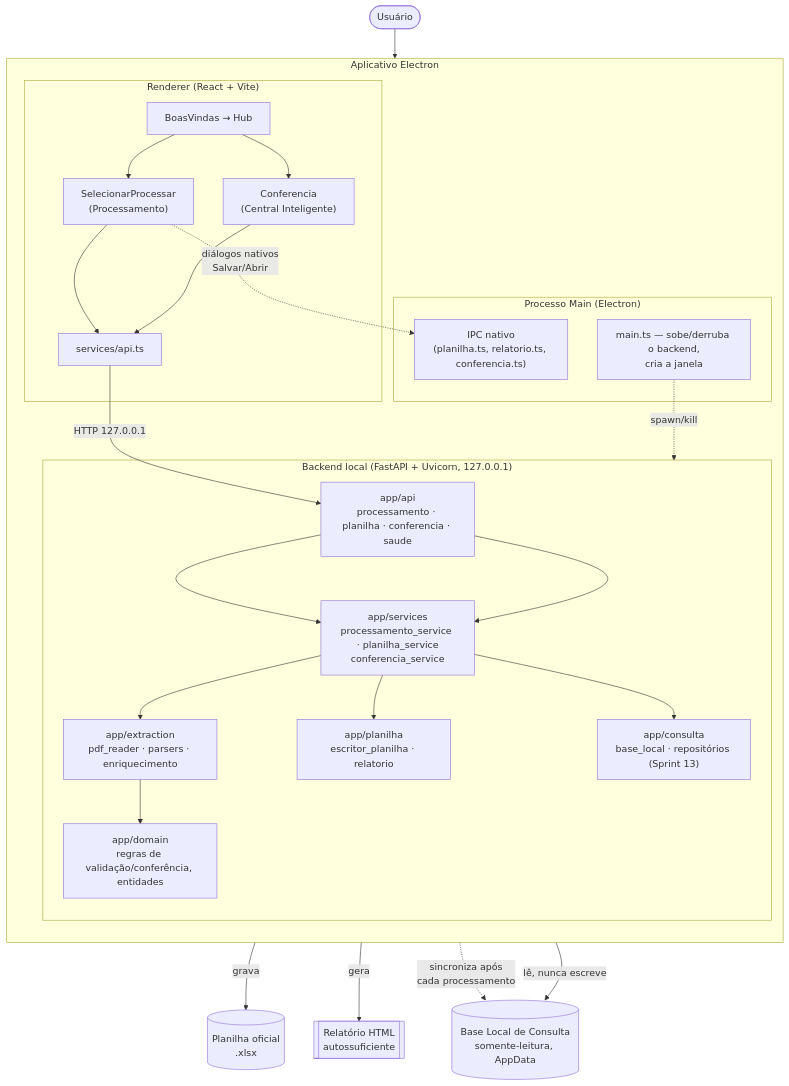
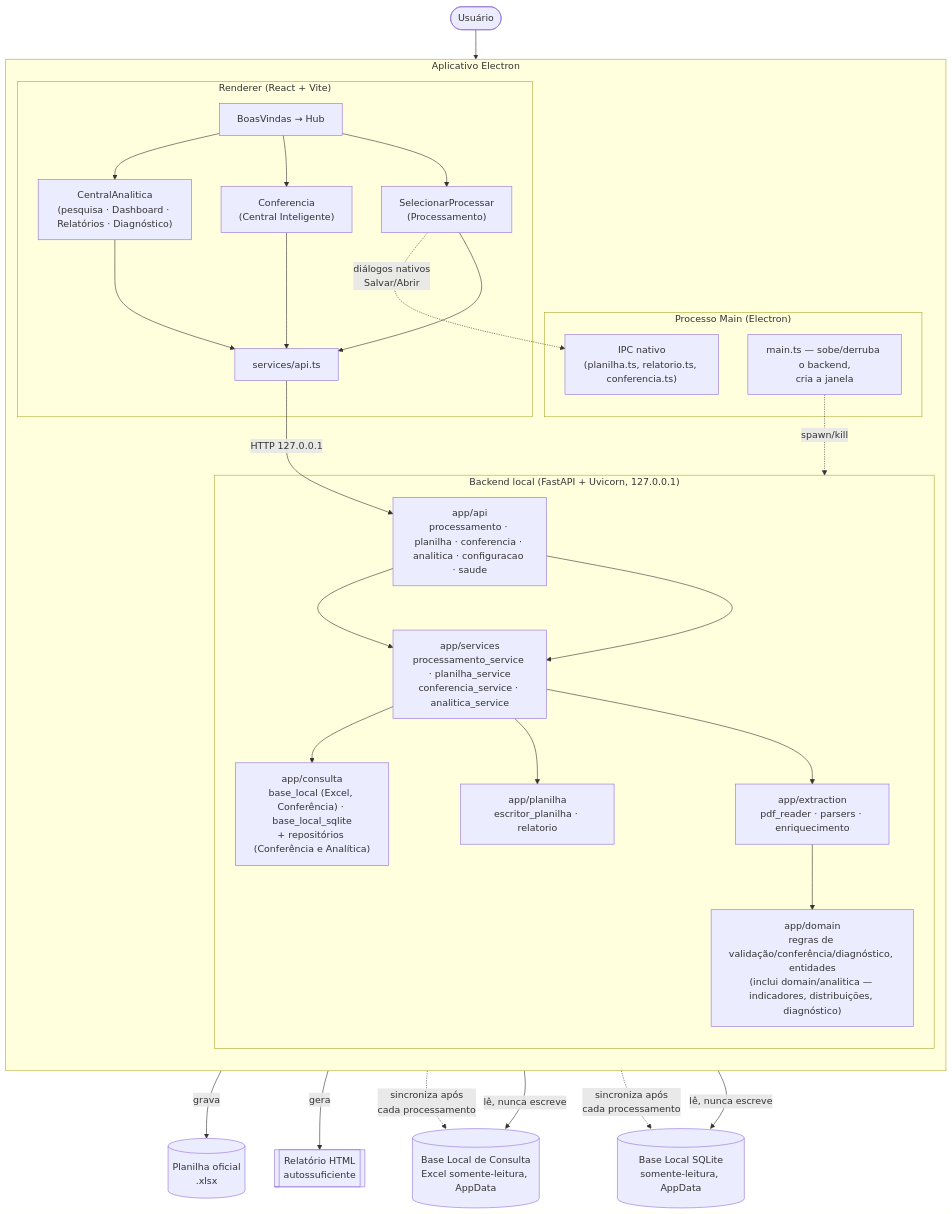
Before and after one commit to vini-c-m/ExtratorDiarias: the first of 2 diagrams in docs/architecture/README.md, drawn with Mermaid. The commit also changed other lines of this file and 162 other files, not shown here.

````diff
--- a/docs/architecture/README.md
+++ b/docs/architecture/README.md
@@ -9,35 +9,39 @@
 ```mermaid
 flowchart TB
     subgraph Desktop["Aplicativo Electron"]
         direction TB
         subgraph Main["Processo Main (Electron)"]
             M1["main.ts — sobe/derruba o backend,\ncria a janela"]
             IPC["IPC nativo\n(planilha.ts, relatorio.ts, conferencia.ts)"]
         end
         subgraph Renderer["Renderer (React + Vite)"]
             R0["BoasVindas → Hub"]
             R1["SelecionarProcessar\n(Processamento)"]
             R3["Conferencia\n(Central Inteligente)"]
+            R4["CentralAnalitica\n(pesquisa · Dashboard · Relatórios · Diagnóstico)"]
             R2["services/api.ts"]
         end
         subgraph Backend["Backend local (FastAPI + Uvicorn, 127.0.0.1)"]
-            API["app/api\nprocessamento · planilha · conferencia · saude"]
-            SVC["app/services\nprocessamento_service · planilha_service\nconferencia_service"]
+            API["app/api\nprocessamento · planilha · conferencia · analitica · configuracao · saude"]
+            SVC["app/services\nprocessamento_service · planilha_service\nconferencia_service · analitica_service"]
             EXT["app/extraction\npdf_reader · parsers · enriquecimento"]
-            DOM["app/domain\nregras de validação/conferência, entidades"]
+            DOM["app/domain\nregras de validação/conferência/diagnóstico, entidades\n(inclui domain/analitica — indicadores, distribuições, diagnóstico)"]
             PLA["app/planilha\nescritor_planilha · relatorio"]
-            CONS["app/consulta\nbase_local · repositórios (Sprint 13)"]
+            CONS["app/consulta\nbase_local (Excel, Conferência) · base_local_sqlite\n+ repositórios (Conferência e Analítica)"]
         end
     end
     Usuario(["Usuário"]) --> R0
-    R0 --> R1 & R3
+    R0 --> R1 & R3 & R4
     R1 --> R2 -->|HTTP 127.0.0.1| API
     R3 --> R2
+    R4 --> R2
     R1 -.->|diálogos nativos<br/>Salvar/Abrir| IPC
     API --> SVC --> EXT --> DOM
     SVC --> PLA -->|grava| XLSX[("Planilha oficial\n.xlsx")]
     PLA -->|gera| HTML[["Relatório HTML\nautossuficiente"]]
-    PLA -.->|sincroniza após\ncada processamento| BASE[("Base Local de Consulta\nsomente-leitura, AppData")]
+    PLA -.->|sincroniza após\ncada processamento| BASE[("Base Local de Consulta\nExcel somente-leitura, AppData")]
+    PLA -.->|sincroniza após\ncada processamento| SQLITE[("Base Local SQLite\nsomente-leitura, AppData")]
     API --> SVC --> CONS -->|lê, nunca escreve| BASE
+    CONS -->|lê, nunca escreve| SQLITE
     M1 -.->|spawn/kill| Backend
 ```
````
